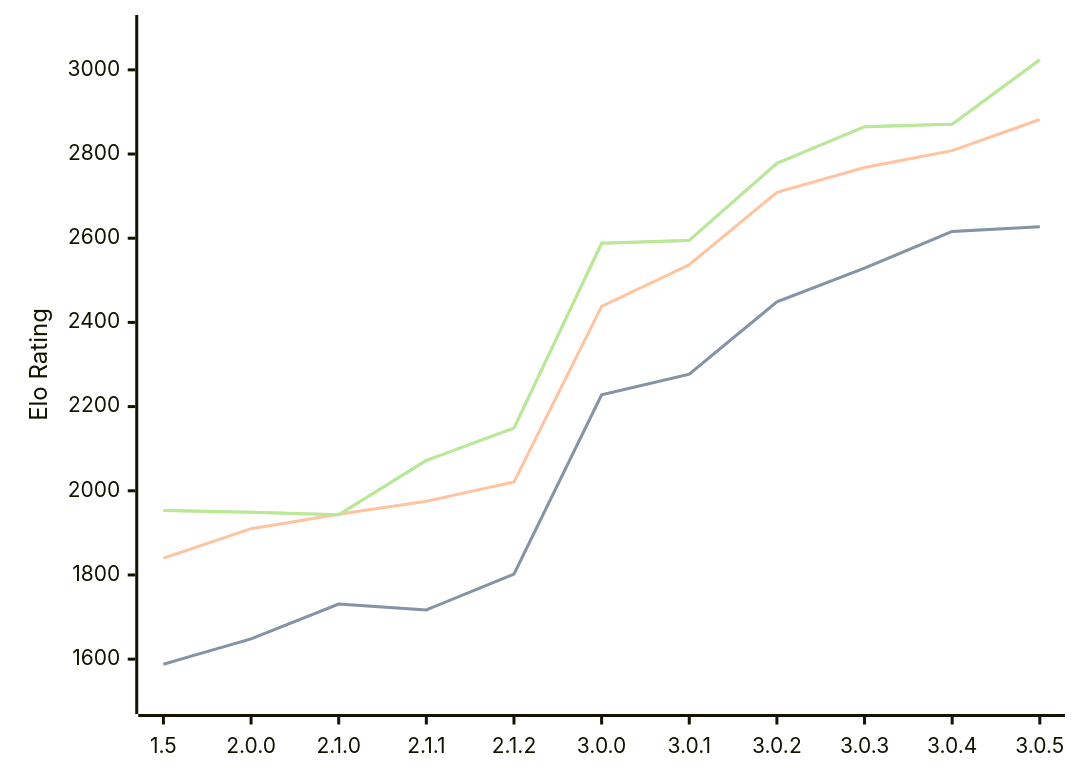
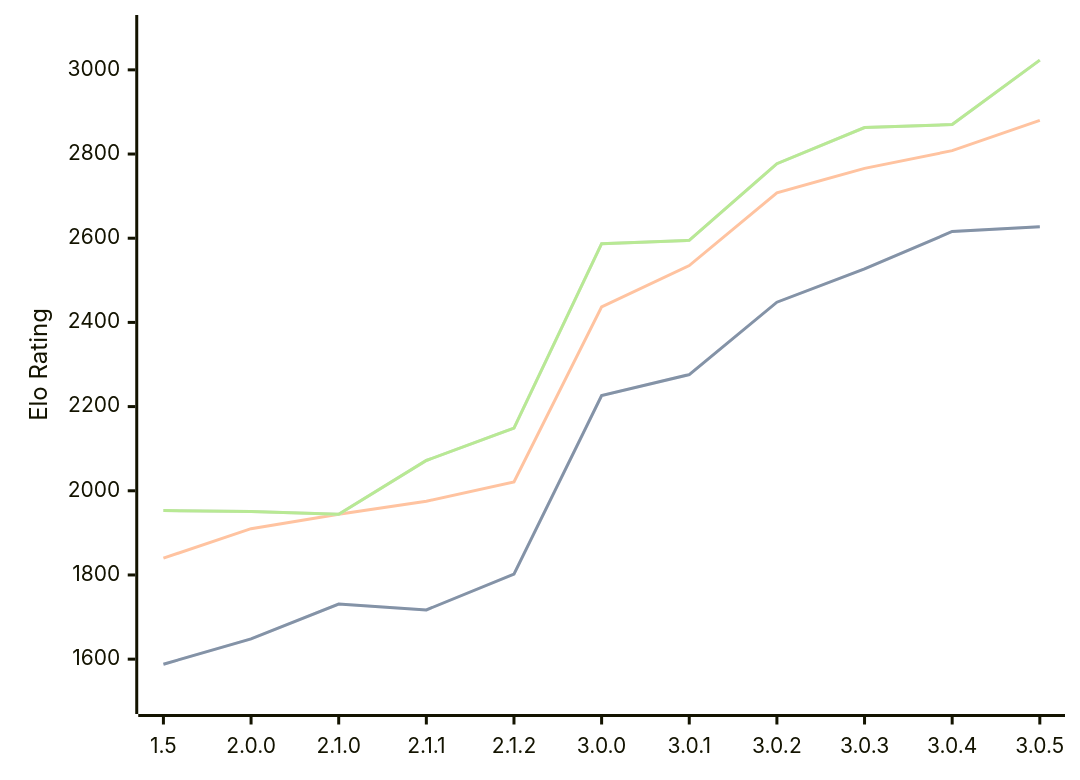
One commit to computer-chess-index/cci changed the first of 3 diagrams in engines/Rudim.md. Above: the diagram before and after it, drawn with Mermaid. The commit also changed other lines of this file, not shown here.

Commit message:
Update CCI Ratings (ELO VLTC) - 2026-07-15

````diff
--- a/engines/Rudim.md
+++ b/engines/Rudim.md
@@ -50,11 +50,11 @@
 ```mermaid
 %%{init: {"theme":"base","themeVariables":{"seriesColors:['#a3a3a3','#222221','#faa371']}}}%%
 xychart-beta
   x-axis ["1.5", "2.0.0", "2.1.0", "2.1.1", "2.1.2", "3.0.0", "3.0.1", "3.0.2", "3.0.3", "3.0.4", "3.0.5"]
   y-axis "Elo Rating" 1500 --> 3100
-  line "STC (8.0+0.08s)" [1588, 1648, 1731, 1717, 1802, 2228, 2277, 2449, 2529, 2616, 2627]
-  line "STC (8.0+0.08s)" [1588, 1648, 1731, 1717, 1802, 2228, 2277, 2449, 2529, 2616, 2627]
-  line "LTC (60.0+0.60s)" [1840, 1910, 1944, 1975, 2021, 2438, 2537, 2709, 2768, 2808, 2882]
-  line "VLTC (2m24s+1.12s)" [1953, 1949, 1943, 2072, 2149, 2588, 2595, 2778, 2865, 2871, 3024]
-  line "VLTC (2m24s+1.12s)" [1953, 1949, 1943, 2072, 2149, 2588, 2595, 2778, 2865, 2871, 3024]
+  line "STC (8.0+0.08s)" [1588, 1648, 1731, 1717, 1802, 2226, 2276, 2448, 2527, 2616, 2627]
+  line "STC (8.0+0.08s)" [1588, 1648, 1731, 1717, 1802, 2226, 2276, 2448, 2527, 2616, 2627]
+  line "LTC (60.0+0.60s)" [1840, 1910, 1944, 1975, 2021, 2437, 2535, 2708, 2766, 2808, 2880]
+  line "VLTC (2m24s+1.12s)" [1953, 1951, 1944, 2072, 2149, 2587, 2595, 2777, 2863, 2870, 3023]
+  line "VLTC (2m24s+1.12s)" [1953, 1951, 1944, 2072, 2149, 2587, 2595, 2777, 2863, 2870, 3023]
 ```
````
